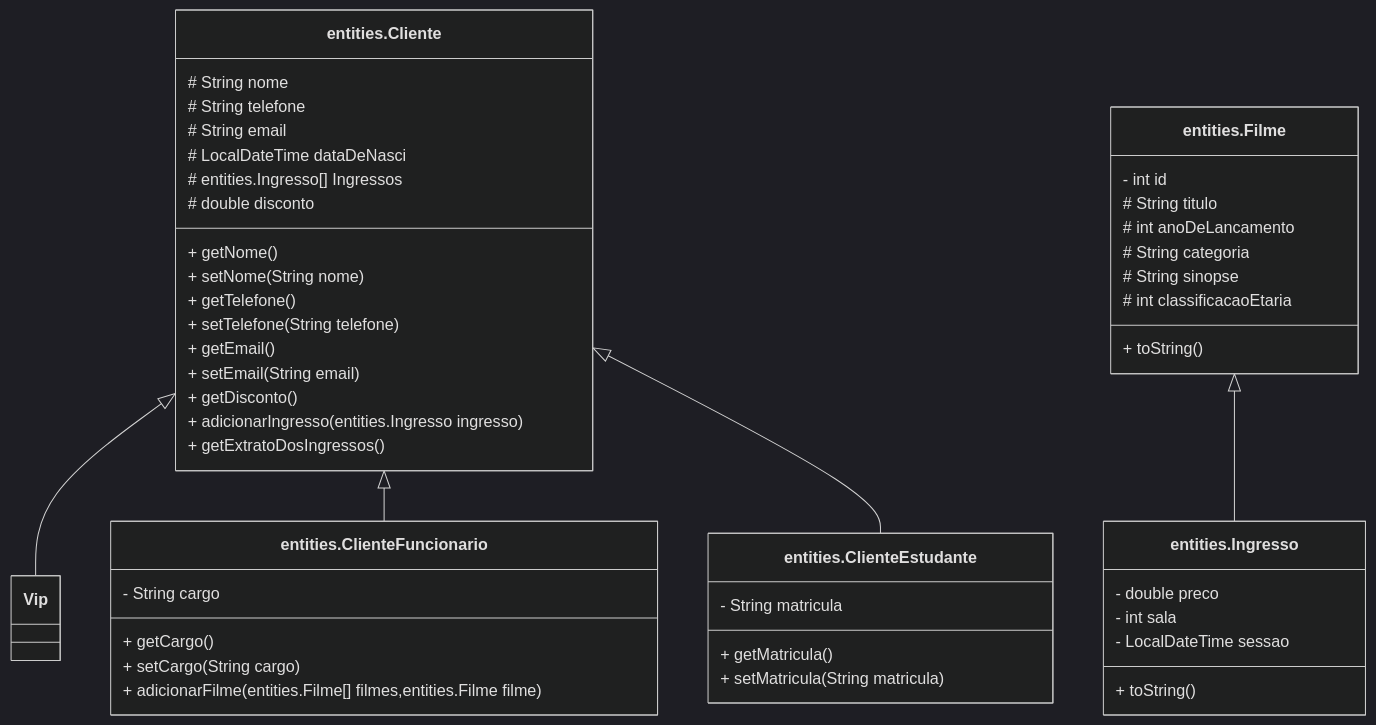
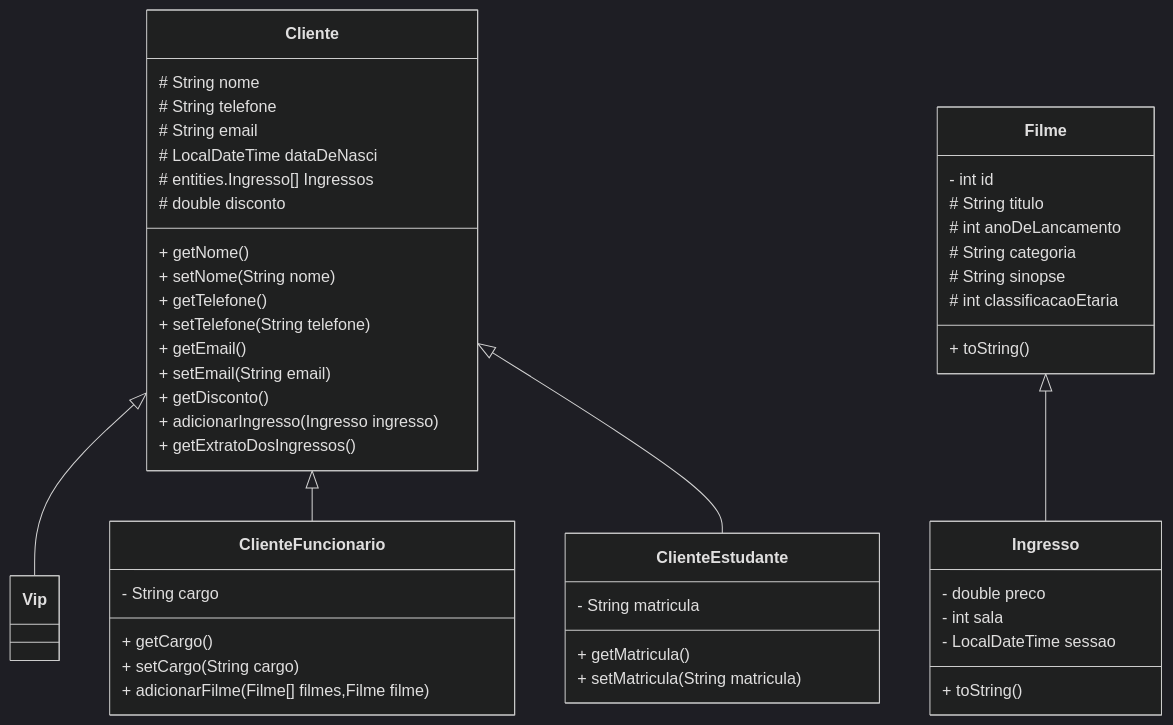
One commit to Dev-Vinicius1/agenda-filme changed the diagram in README.md. Above: the diagram before and after it, drawn with Mermaid (dark theme).

````diff
--- a/README.md
+++ b/README.md
@@ -3,48 +3,46 @@
 ```mermaid
 classDiagram
-entities.Cliente : # String nome
-entities.Cliente : # String telefone
-entities.Cliente : # String email
-entities.Cliente : # LocalDateTime dataDeNasci
-entities.Cliente : # entities.Ingresso[] Ingressos
-entities.Cliente : # double disconto
-entities.Cliente : + getNome()
-entities.Cliente : + setNome(String nome)
-entities.Cliente : + getTelefone()
-entities.Cliente : + setTelefone(String telefone)
-entities.Cliente : + getEmail()
-entities.Cliente : + setEmail(String email)
-entities.Cliente : + getDisconto()
-entities.Cliente : + adicionarIngresso(entities.Ingresso ingresso)
-entities.Cliente : + getExtratoDosIngressos()
+Cliente : # String nome
+Cliente : # String telefone
+Cliente : # String email
+Cliente : # LocalDateTime dataDeNasci
+Cliente : # entities.Ingresso[] Ingressos
+Cliente : # double disconto
+Cliente : + getNome()
+Cliente : + setNome(String nome)
+Cliente : + getTelefone()
+Cliente : + setTelefone(String telefone)
+Cliente : + getEmail()
+Cliente : + setEmail(String email)
+Cliente : + getDisconto()
+Cliente : + adicionarIngresso(Ingresso ingresso)
+Cliente : + getExtratoDosIngressos()
 
-entities.ClienteEstudante : - String matricula
-entities.ClienteEstudante : + getMatricula()
-entities.ClienteEstudante : + setMatricula(String matricula)
+ClienteEstudante : - String matricula
+ClienteEstudante : + getMatricula()
+ClienteEstudante : + setMatricula(String matricula)
 
-entities.ClienteFuncionario : - String cargo
-entities.ClienteFuncionario : + getCargo()
-entities.ClienteFuncionario : + setCargo(String cargo)
-entities.ClienteFuncionario : + adicionarFilme(entities.Filme[] filmes,entities.Filme filme)
+ClienteFuncionario : - String cargo
+ClienteFuncionario : + getCargo()
+ClienteFuncionario : + setCargo(String cargo)
+ClienteFuncionario : + adicionarFilme(Filme[] filmes,Filme filme)
 
-entities.Cliente <|-- Vip
-entities.Cliente <|-- entities.ClienteFuncionario
-entities.Cliente <|-- entities.ClienteEstudante
+Cliente <|-- Vip
+Cliente <|-- ClienteFuncionario
+Cliente <|-- ClienteEstudante
 
-entities.Filme : - int id
-entities.Filme : # String titulo
-entities.Filme : # int anoDeLancamento
-entities.Filme : # String categoria
-entities.Filme : # String sinopse
-entities.Filme : # int classificacaoEtaria
-entities.Filme : + toString()
+Filme : - int id
+Filme : # String titulo
+Filme : # int anoDeLancamento
+Filme : # String categoria
+Filme : # String sinopse
+Filme : # int classificacaoEtaria
+Filme : + toString()
 
+Ingresso: - double preco
+Ingresso: - int sala
+Ingresso: - LocalDateTime sessao
+Ingresso : + toString()
 
-entities.Ingresso: - double preco
-entities.Ingresso: - int sala
-entities.Ingresso: - LocalDateTime sessao
-entities.Ingresso : + toString()
-
-
-entities.Filme <|-- entities.Ingresso
+Filme <|-- Ingresso
 ```
````
